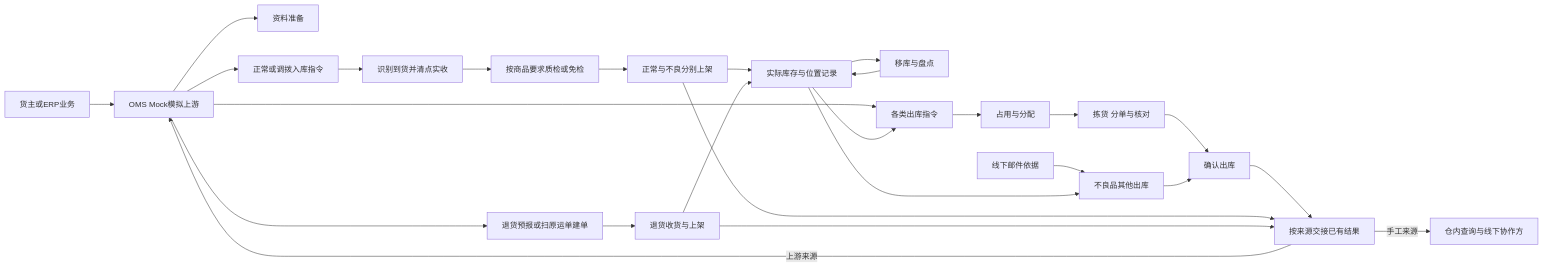
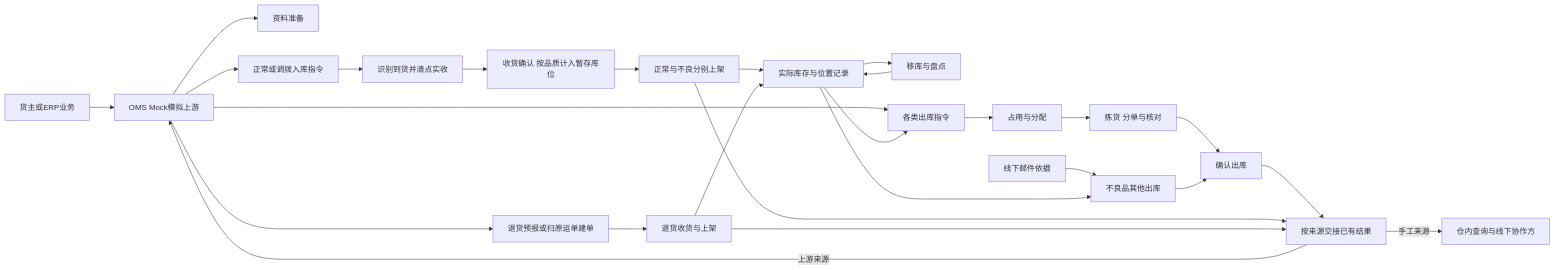
Before and after one commit to TopVitamin/QS-WMS-Project: the diagram in 04-业务分析和设计/00-业务蓝图.md, drawn with Mermaid. The commit also changed other lines of this file and 174 other files, not shown here.

````diff
--- a/04-业务分析和设计/00-业务蓝图.md
+++ b/04-业务分析和设计/00-业务蓝图.md
@@ -70,28 +70,28 @@
 ```mermaid
 flowchart LR
     U[货主或ERP业务] --> M[OMS Mock模拟上游]
     M --> P[资料准备]
     M --> I[正常或调拨入库指令]
     I --> R[识别到货并清点实收]
-    R --> Q[按商品要求质检或免检]
+    R --> Q[收货确认 按品质计入暂存库位]
     Q --> S[正常与不良分别上架]
     S --> K[实际库存与位置记录]
     M --> RT[退货预报或扫原运单建单]
     RT --> RR[退货收货与上架]
     RR --> K
     K --> N[移库与盘点]
     N --> K
     M --> O[各类出库指令]
     E[线下邮件依据] --> D[不良品其他出库]
     K --> O
     O --> A[占用与分配]
     A --> B[拣货 分单与核对]
     B --> C[确认出库]
     K --> D
     D --> C
     C --> F[按来源交接已有结果]
     S --> F
     RR --> F
     F -->|上游来源| M
     F -->|手工来源| H[仓内查询与线下协作方]
 ```
````
